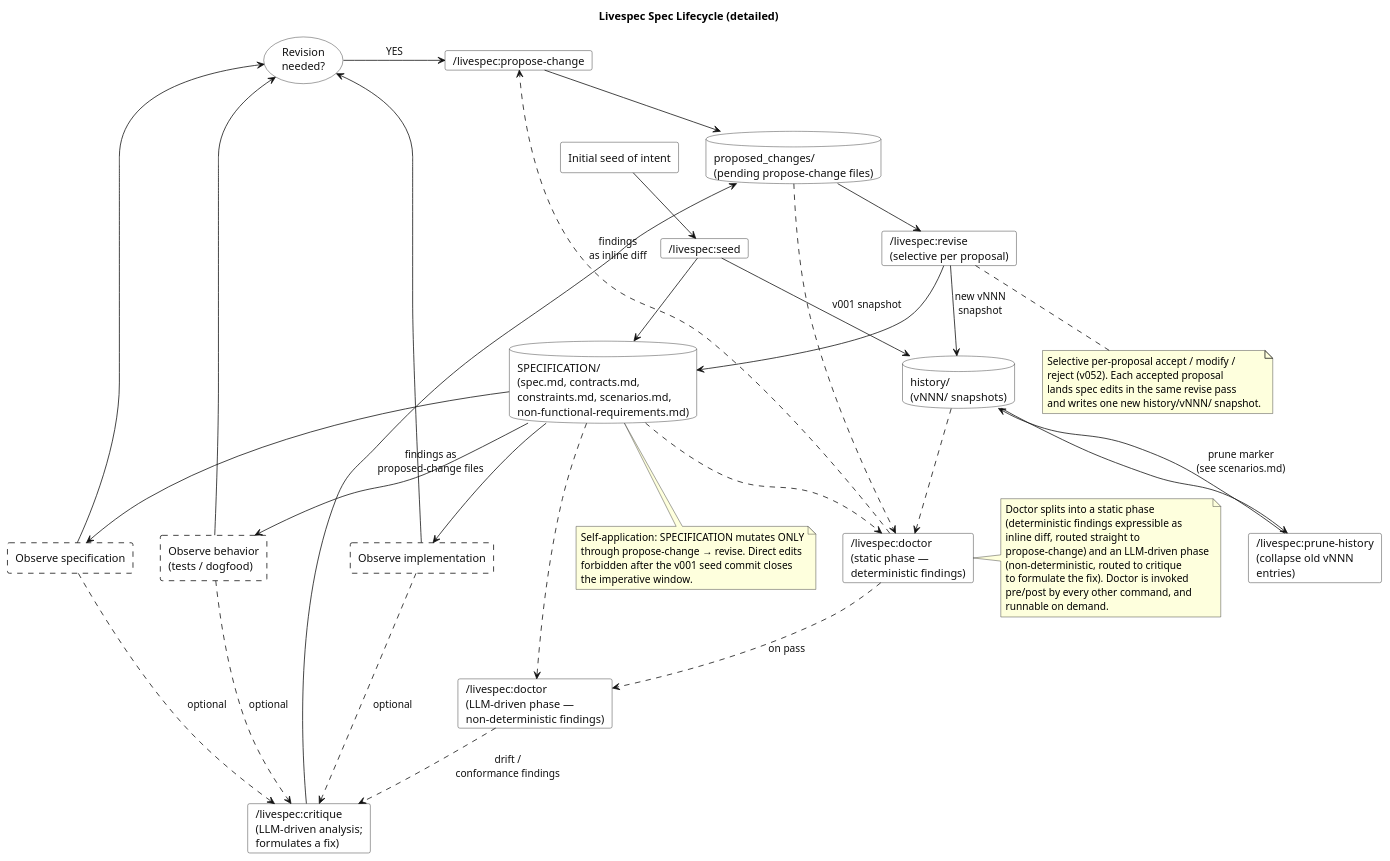
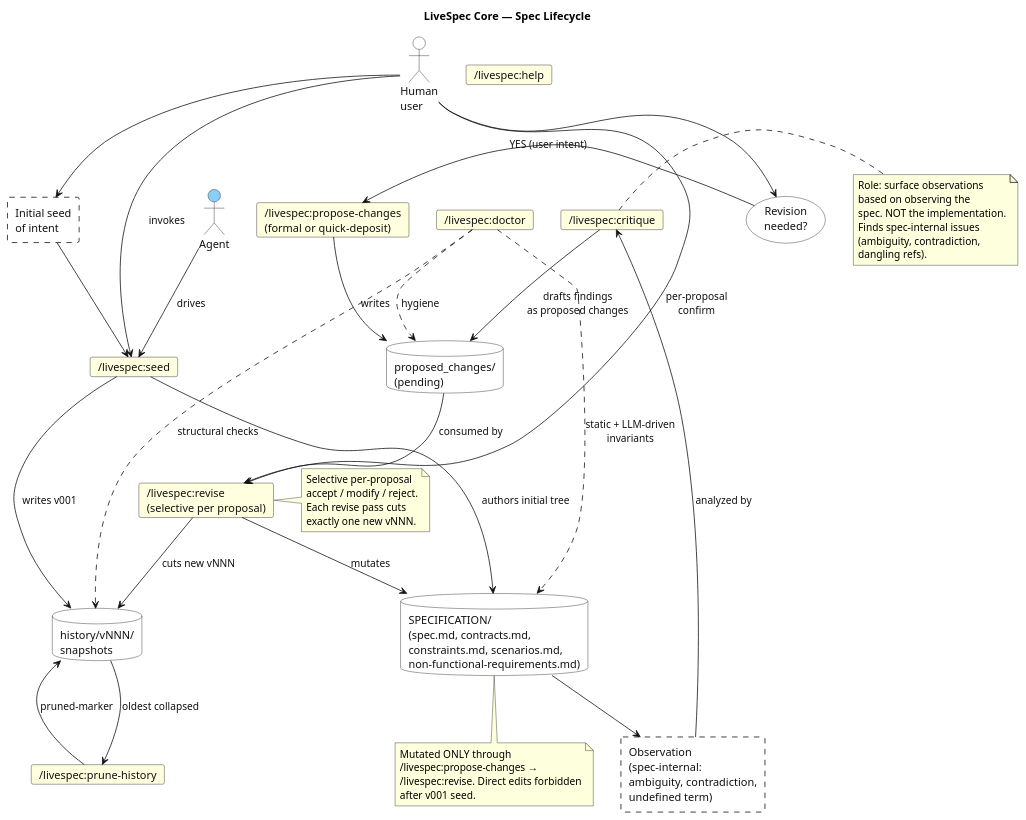
One commit to thewoolleyman/livespec changed the diagram in research/workflow-processes/diagrams/spec-lifecycle.plantuml. Above: the diagram before and after it, drawn with PlantUML. The commit also changed 27 other files, not shown here.

```diff
--- a/research/workflow-processes/diagrams/spec-lifecycle.plantuml
+++ b/research/workflow-processes/diagrams/spec-lifecycle.plantuml
@@ -1,91 +1,87 @@
 @startuml spec-lifecycle
-title Livespec Spec Lifecycle (detailed)
+title LiveSpec Core — Spec Lifecycle
 skinparam defaultFontName Helvetica
 skinparam shadowing false
 skinparam BackgroundColor white
 skinparam ArrowColor #111
 skinparam ArrowFontColor #111
 skinparam rectangle {
   BorderColor #111
   BackgroundColor white
   FontColor #111
 }
 skinparam database {
   BorderColor #111
   BackgroundColor white
   FontColor #111
 }
 skinparam usecase {
   BorderColor #111
   BackgroundColor white
   FontColor #111
 }
 skinparam card {
   BorderColor #111
   BackgroundColor white
   FontColor #111
 }
+skinparam actor {
+  BorderColor #111
+  BackgroundColor white
+  FontColor #111
+}
 
-rectangle "Initial seed of intent" as SeedIntent
-card      "/livespec:seed" as SeedCmd
+actor "Human\nuser" as HumanUser
+actor "Agent" as Agent #LightSkyBlue
 
-database  "SPECIFICATION/\n(spec.md, contracts.md,\nconstraints.md, scenarios.md,\nnon-functional-requirements.md)" as Spec
-database  "history/\n(vNNN/ snapshots)" as History
-database  "proposed_changes/\n(pending propose-change files)" as Proposed
+rectangle "Initial seed\nof intent" as SeedIntent #FFFFFF;line.dashed
+card "/livespec:seed" as SeedCmd #LightYellow
 
-rectangle "Observe specification" as ObserveSpec #FFFFFF;line.dashed
-rectangle "Observe implementation" as ObserveImpl #FFFFFF;line.dashed
-rectangle "Observe behavior\n(tests / dogfood)" as ObserveBehavior #FFFFFF;line.dashed
+database "SPECIFICATION/\n(spec.md, contracts.md,\nconstraints.md, scenarios.md,\nnon-functional-requirements.md)" as Spec
+database "history/vNNN/\nsnapshots" as History
+database "proposed_changes/\n(pending)" as Proposed
 
-card      "/livespec:critique\n(LLM-driven analysis;\nformulates a fix)" as CritiqueCmd
+rectangle "Observation\n(spec-internal:\nambiguity, contradiction,\nundefined term)" as SpecObs #FFFFFF;line.dashed
 
-usecase   "Revision\nneeded?" as RevisionNeeded
+card "/livespec:critique" as CritiqueCmd #LightYellow
+note right of CritiqueCmd : Role: surface observations\nbased on observing the\nspec. NOT the implementation.\nFinds spec-internal issues\n(ambiguity, contradiction,\ndangling refs).
 
-card      "/livespec:propose-change" as ProposeCmd
-card      "/livespec:revise\n(selective per proposal)" as ReviseCmd
+card "/livespec:propose-changes\n(formal or quick-deposit)" as ProposeCmd #LightYellow
+card "/livespec:revise\n(selective per proposal)" as ReviseCmd #LightYellow
 
-card      "/livespec:doctor\n(static phase —\ndeterministic findings)" as DoctorStatic
-card      "/livespec:doctor\n(LLM-driven phase —\nnon-deterministic findings)" as DoctorLLM
+usecase "Revision\nneeded?" as RevisionNeeded
+card "/livespec:doctor" as DoctorCmd #LightYellow
+card "/livespec:prune-history" as PruneCmd #LightYellow
+card "/livespec:help" as HelpCmd #LightYellow
 
-card      "/livespec:prune-history\n(collapse old vNNN\nentries)" as PruneCmd
+HumanUser --> SeedIntent
+HumanUser --> SeedCmd : invokes
+Agent --> SeedCmd : drives
+SeedIntent --> SeedCmd
+SeedCmd --> Spec : authors initial tree
+SeedCmd --> History : writes v001
 
-SeedIntent --> SeedCmd
-SeedCmd --> Spec
-SeedCmd --> History : v001 snapshot
+Spec --> SpecObs
+SpecObs --> CritiqueCmd : analyzed by
+CritiqueCmd --> Proposed : drafts findings\nas proposed changes
 
-Spec --> ObserveSpec
-Spec --> ObserveImpl
-Spec --> ObserveBehavior
+HumanUser --> RevisionNeeded
+RevisionNeeded -right-> ProposeCmd : YES (user intent)
+ProposeCmd --> Proposed : writes
+Proposed --> ReviseCmd : consumed by
+HumanUser --> ReviseCmd : per-proposal\nconfirm
+ReviseCmd --> Spec : mutates
+ReviseCmd --> History : cuts new vNNN
 
-ObserveSpec --> RevisionNeeded
-ObserveImpl --> RevisionNeeded
-ObserveBehavior --> RevisionNeeded
+DoctorCmd ..> Spec : static + LLM-driven\ninvariants
+DoctorCmd ..> Proposed : hygiene
+DoctorCmd ..> History : structural checks
 
-ObserveSpec ..> CritiqueCmd : optional
-ObserveImpl ..> CritiqueCmd : optional
-ObserveBehavior ..> CritiqueCmd : optional
-CritiqueCmd --> Proposed : findings as\nproposed-change files
+History --> PruneCmd : oldest collapsed
+PruneCmd --> History : pruned-marker
 
-RevisionNeeded -right-> ProposeCmd : YES
-ProposeCmd --> Proposed
-Proposed --> ReviseCmd
-ReviseCmd --> Spec
-ReviseCmd --> History : new vNNN\nsnapshot
+note bottom of Spec : Mutated ONLY through\n/livespec:propose-changes →\n/livespec:revise. Direct edits forbidden\nafter v001 seed.
 
-Spec ..> DoctorStatic
-Proposed ..> DoctorStatic
-History ..> DoctorStatic
-DoctorStatic ..> ProposeCmd : findings\nas inline diff
-DoctorStatic ..> DoctorLLM : on pass
-Spec ..> DoctorLLM
-DoctorLLM ..> CritiqueCmd : drift /\nconformance findings
+note right of ReviseCmd : Selective per-proposal\naccept / modify / reject.\nEach revise pass cuts\nexactly one new vNNN.
 
-History --> PruneCmd
-PruneCmd --> History : prune marker\n(see scenarios.md)
-
-note bottom of Spec : Self-application: SPECIFICATION mutates ONLY\nthrough propose-change → revise. Direct edits\nforbidden after the v001 seed commit closes\nthe imperative window.
-
-note right of DoctorStatic : Doctor splits into a static phase\n(deterministic findings expressible as\ninline diff, routed straight to\npropose-change) and an LLM-driven phase\n(non-deterministic, routed to critique\nto formulate the fix). Doctor is invoked\npre/post by every other command, and\nrunnable on demand.
-
-note bottom of ReviseCmd : Selective per-proposal accept / modify /\nreject (v052). Each accepted proposal\nlands spec edits in the same revise pass\nand writes one new history/vNNN/ snapshot.
 @enduml
```
